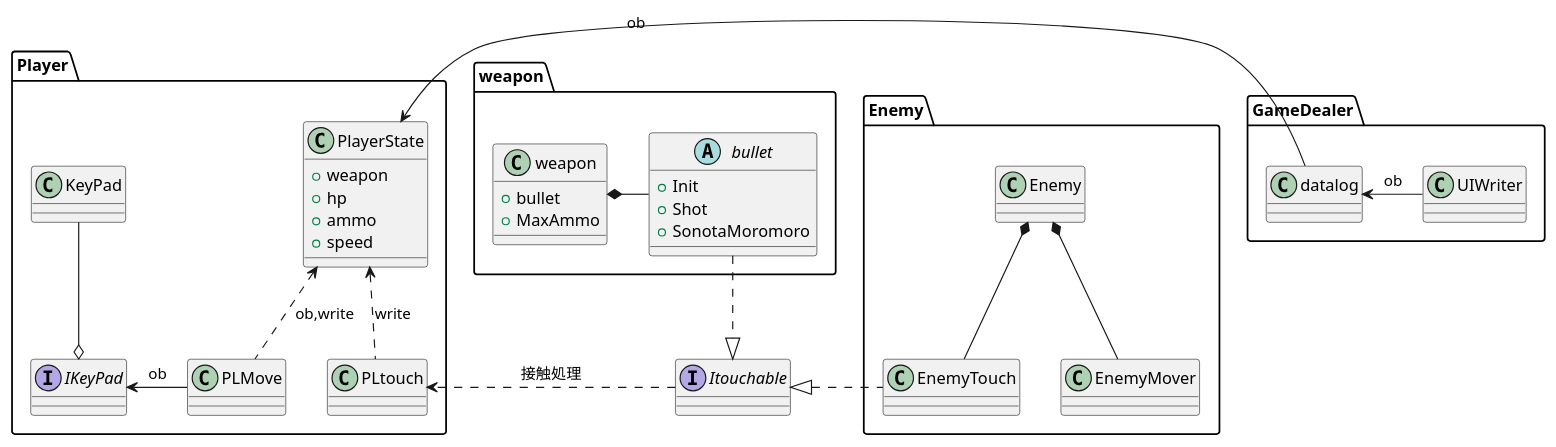
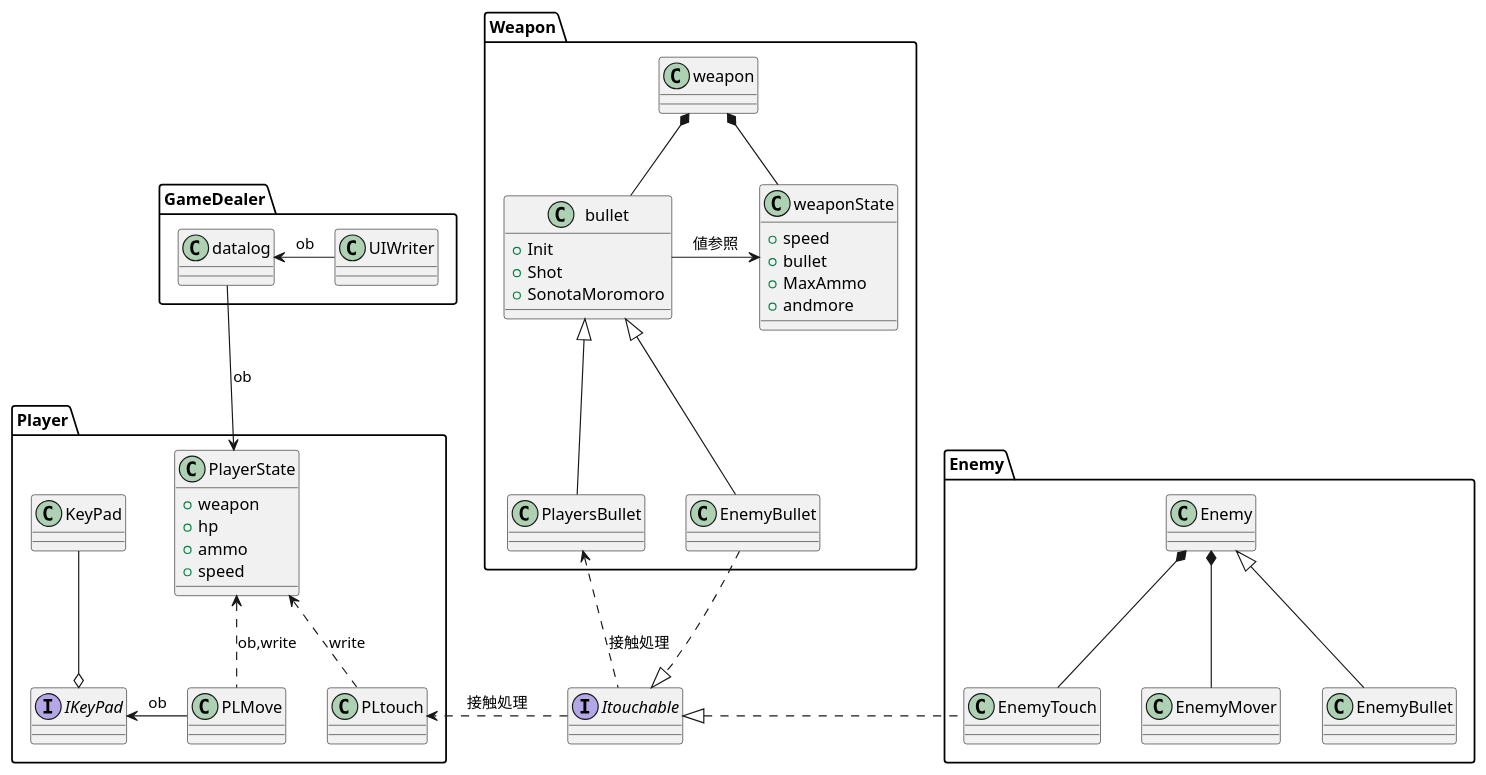
One commit to hitoiki/UnityRoomShooting changed the diagram in Assets/Script/ClassDesign.pu. Above: the diagram before and after it, drawn with PlantUML. The commit also changed 178 other files, not shown here.

```diff
--- a/Assets/Script/ClassDesign.pu
+++ b/Assets/Script/ClassDesign.pu
@@ -1,63 +1,78 @@
 @startuml クラス図
 
 
 package Player{
 class PlayerState{
 +weapon
 +hp
 +ammo
 +speed
 }
 
 class PLMove
 class PLtouch
 
 interface IKeyPad
 class KeyPad
 
 KeyPad --o IKeyPad
 IKeyPad <- PLMove : ob
 PlayerState <.. PLMove : ob,write
 PlayerState <.. PLtouch : write
 }
 
 interface Itouchable
 Itouchable .> PLtouch : 接触処理
 
-package weapon{
-    class weapon{
-    +bullet
-    +MaxAmmo
-    }
-    abstract class bullet{
+
+package Weapon{
+    class weapon
+    
+    class bullet{
         +Init
         +Shot
         +SonotaMoromoro
     }
-    weapon *-right- bullet
-    Itouchable <|.Up. bullet 
+    
+    class weaponState{
+        +speed
+        +bullet
+        +MaxAmmo
+        +andmore
+    }
+
+    class PlayersBullet
+    weapon *-- bullet
+    weapon *-- weaponState
+    weaponState<-left- bullet : 値参照
+    bullet <|-- EnemyBullet
+    Itouchable <|.Up. EnemyBullet
+    bullet <|-- PlayersBullet
+    Itouchable .Up.> PlayersBullet :接触処理 
 
 }
 
 
 
 package Enemy{
+    class EnemyMover
     class EnemyTouch
-    class EnemyMover
     class Enemy
+    class EnemyBullet
 
+    Enemy *-- EnemyTouch
     Enemy *-- EnemyMover
-    Enemy *-- EnemyTouch
     Itouchable <|. EnemyTouch
+    Enemy <|-- EnemyBullet 
 }
 
 package GameDealer{
     class datalog
     class UIWriter
 
-    PlayerState <- datalog : ob
+    PlayerState <-Up- datalog : ob
     datalog <- UIWriter : ob
 
 }
 
 @enduml
```
